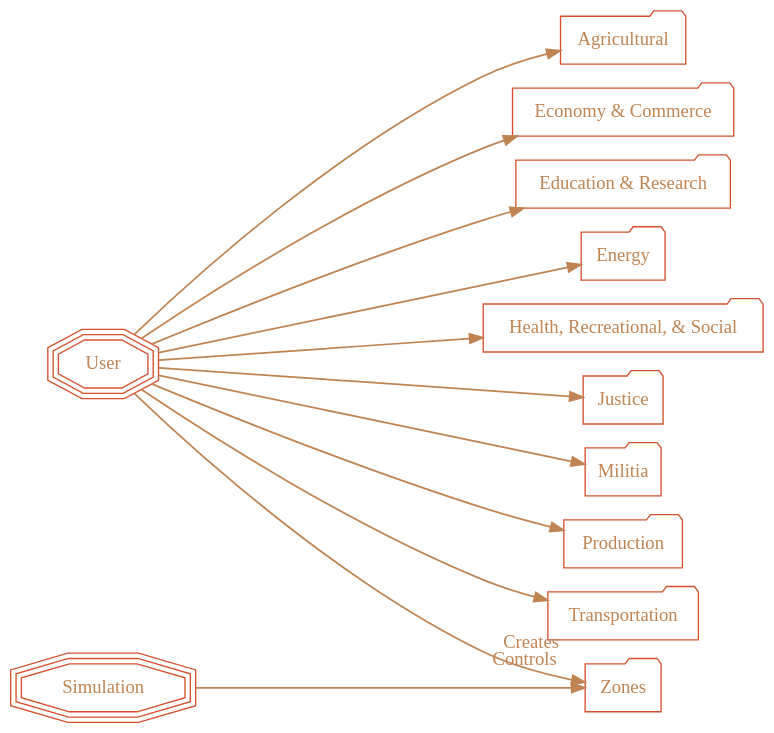
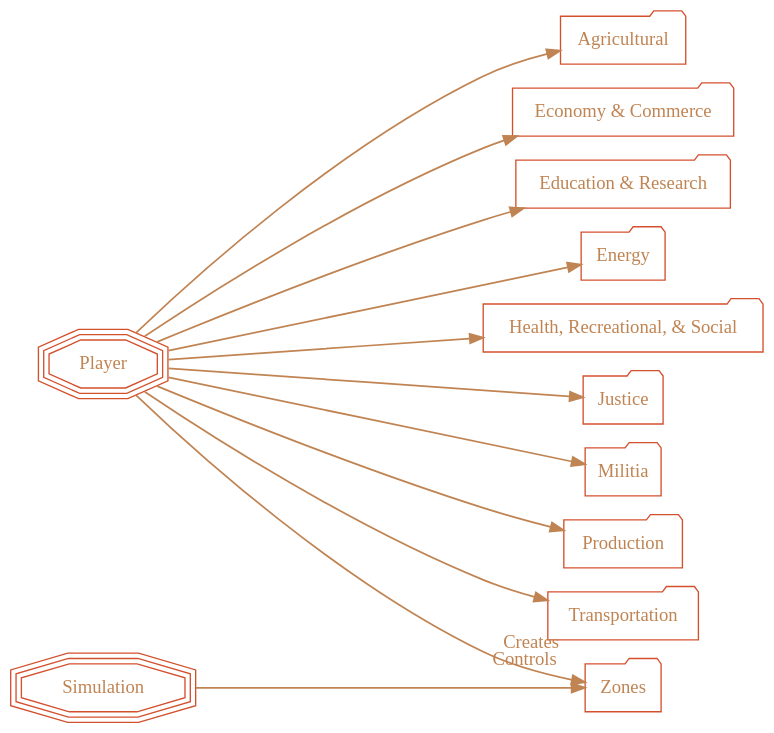
One commit to cartesiantheatre/handbook changed the diagram in Handbook/Game_Mechanics/Graphviz/Units_User_Basic_All.twopi.gv. Above: the diagram before and after it, drawn with Graphviz. The commit also changed 47 other files, not shown here.

```diff
--- a/Handbook/Game_Mechanics/Graphviz/Units_User_Basic_All.twopi.gv
+++ b/Handbook/Game_Mechanics/Graphviz/Units_User_Basic_All.twopi.gv
@@ -1,56 +1,56 @@
 /*
   This is part of the Avaneya Project Crew Handbook.
   Copyright (C) 2010-2013 Cartesian Theatre <info@cartesiantheatre.com>.
   See the file License for copying conditions.
   
   To manually compile:
       $ sudo aptitude install graphviz
       $ twopi -Tpdf Units_User_Basic_All.twopi.gv -o Units_User_Basic_All.pdf
 */
 
-// High level categories for all of the user's basic units graph...
+// High level categories for all of the player's basic units graph...
 digraph Units_User_Basic_All
 {
     // Graph attributes...
 	bgcolor="transparent";
 	margin="0";
 	rankdir="LR";
 	ratio="auto";
     ranksep="3";
     pad="0.5,0.5";
     compound="true";
     overlap="vpsc";
-    root="User";
+    root="Player";
 
 	// Node attributes...
 	node[color="#d3502dff"];
 	node[fillcolor="gray10"];
     node[fontcolor="#c08453ff"];
     node[fontname="Ubuntu"];
     node[shape="folder"]
 	
 	// Edge attributes...
 	edge[color="#c08453ff"];
 	edge[penwidth="1.3"];
 	edge[fontcolor="#c08453ff"];
 	edge[fontname="Ubuntu"];
 	edge[labeldistance="5.0"];
 
-    // User root node...
-    "User"[shape=tripleoctagon];
+    // Player root node...
+    "Player"[shape=tripleoctagon];
     
     "Simulation"[shape=tripleoctagon];
     
-    // Link all categories to user...
-    "User" -> "Agricultural";
-    "User" -> "Economy & Commerce";
-    "User" -> "Education & Research";
-    "User" -> "Energy";
-    "User" -> "Health, Recreational, & Social";
-    "User" -> "Justice";
-    "User" -> "Militia";
-    "User" -> "Production";
-    "User" -> "Transportation";
-    "User" -> "Zones"[headlabel="Creates"];
+    // Link all categories to player...
+    "Player" -> "Agricultural";
+    "Player" -> "Economy & Commerce";
+    "Player" -> "Education & Research";
+    "Player" -> "Energy";
+    "Player" -> "Health, Recreational, & Social";
+    "Player" -> "Justice";
+    "Player" -> "Militia";
+    "Player" -> "Production";
+    "Player" -> "Transportation";
+    "Player" -> "Zones"[headlabel="Creates"];
     "Simulation" -> "Zones"[headlabel="Controls"];
 }
```
